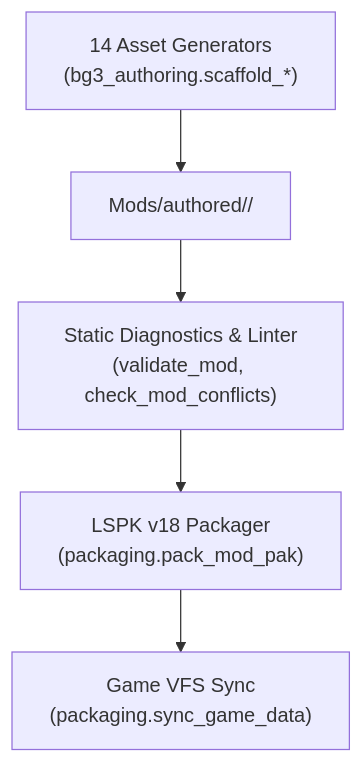
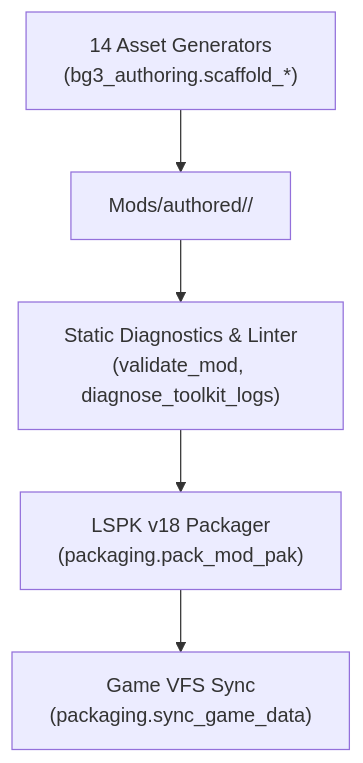
Before and after one commit to jpelton-stroud/bg3-mod-studio: the diagram in packages/bg3-authoring/README.md, drawn with Mermaid. The commit also changed other lines of this file and 10 other files, not shown here.

````diff
--- a/packages/bg3-authoring/README.md
+++ b/packages/bg3-authoring/README.md
@@ -11,7 +11,7 @@
 ```mermaid
 flowchart TD
     Scaffold["14 Asset Generators\n(bg3_authoring.scaffold_*)"] --> ModDir["Mods/authored/<ModSlug>/"]
-    ModDir --> Diagnostics["Static Diagnostics & Linter\n(validate_mod, check_mod_conflicts)"]
+    ModDir --> Diagnostics["Static Diagnostics & Linter\n(validate_mod, diagnose_toolkit_logs)"]
     Diagnostics --> Packaging["LSPK v18 Packager\n(packaging.pack_mod_pak)"]
     Packaging --> VFS["Game VFS Sync\n(packaging.sync_game_data)"]
 ```
````
